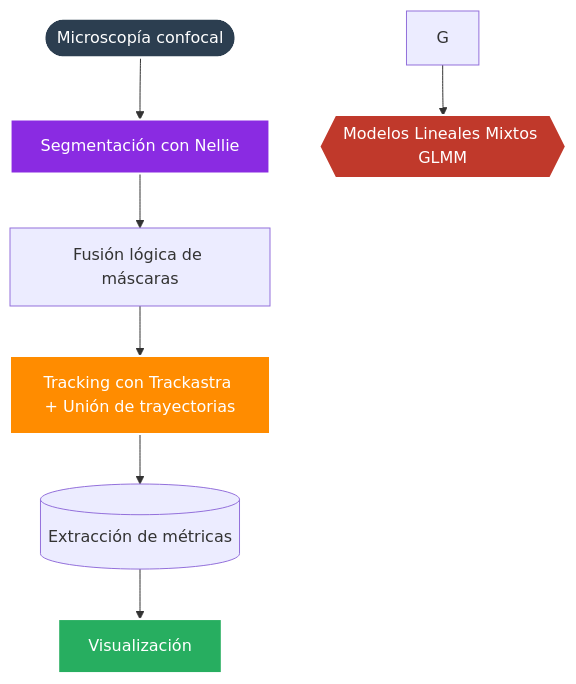
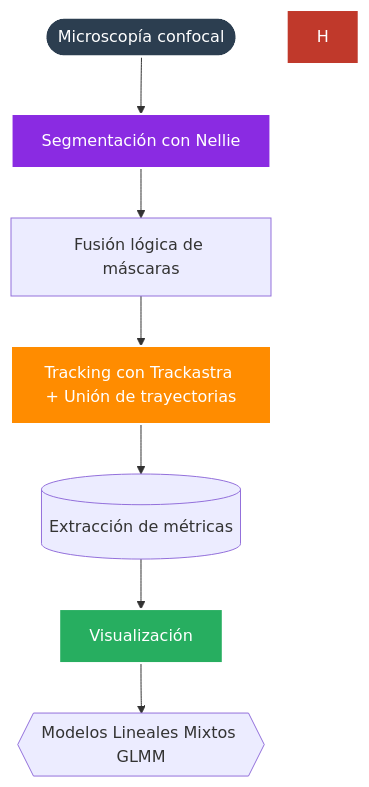
Before and after one commit to lorenzocastror/Anexo-TFG: the diagram in README.md, drawn with Mermaid.

````diff
--- a/README.md
+++ b/README.md
@@ -12,17 +12,17 @@
 ```mermaid
 graph TD
     %% Nodos de la secuencia
     A([Microscopía confocal]) --> B[Segmentación con Nellie]
     B --> C[Fusión lógica de máscaras]
     C --> D[Tracking con Trackastra + Unión de trayectorias]
     D --> E[(Extracción de métricas)]
     E --> F[Visualización]
-    G --> H{{Modelos Lineales Mixtos GLMM}}
+    F --> G{{Modelos Lineales Mixtos GLMM}}
 
     %% Estilos de color para jerarquizar visualmente el flujo
     style A fill:#2c3e50,stroke:#fff,stroke-width:2px,color:#fff
     style B fill:#8a2be2,stroke:#fff,stroke-width:2px,color:#fff
     style D fill:#ff8c00,stroke:#fff,stroke-width:2px,color:#fff
     style F fill:#27ae60,stroke:#fff,stroke-width:2px,color:#fff
     style H fill:#c0392b,stroke:#fff,stroke-width:2px,color:#fff
 ```
````
